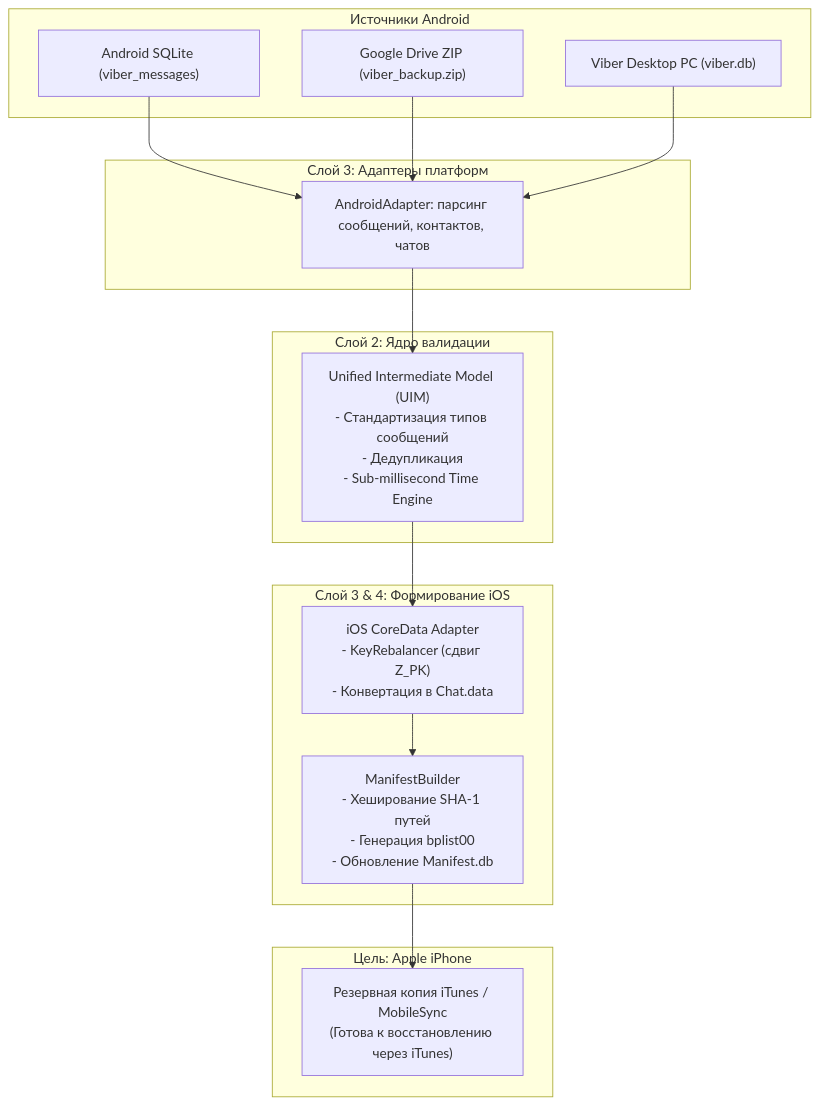
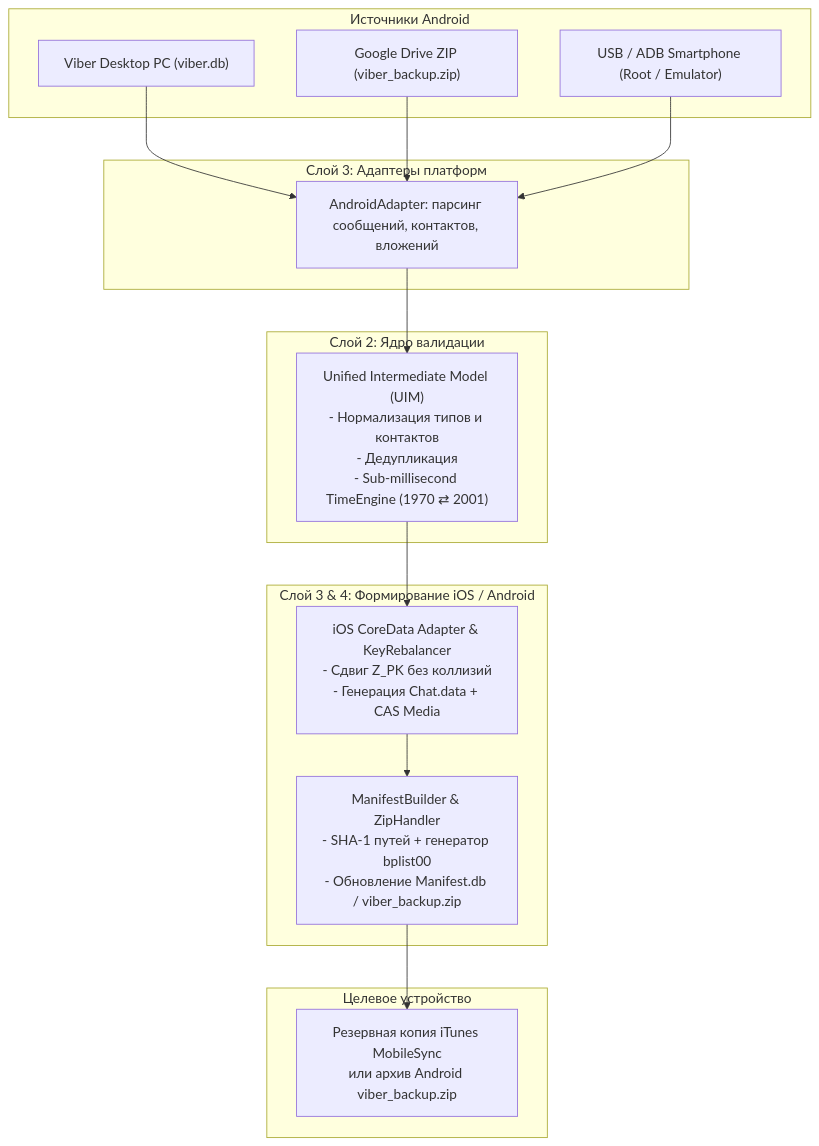
The diagram in README.md (Suetzume/viber-transfer-pc), drawn with Mermaid before and after one commit. The commit also changed other lines of this file and 1 other file, not shown here.

````diff
--- a/README.md
+++ b/README.md
@@ -139,33 +141,33 @@
 ```mermaid
 flowchart TD
     subgraph Источники Android
-        A1["Android SQLite (viber_messages)"]
+        A1["Viber Desktop PC (viber.db)"]
         A2["Google Drive ZIP (viber_backup.zip)"]
-        A3["Viber Desktop PC (viber.db)"]
+        A3["USB / ADB Smartphone (Root / Emulator)"]
     end
 
     subgraph Слой 3: Адаптеры платформ
-        AD1["AndroidAdapter: парсинг сообщений, контактов, чатов"]
+        AD1["AndroidAdapter: парсинг сообщений, контактов, вложений"]
     end
 
     subgraph Слой 2: Ядро валидации
-        UIM["Unified Intermediate Model (UIM)\n- Стандартизация типов сообщений\n- Дедупликация\n- Sub-millisecond Time Engine"]
+        UIM["Unified Intermediate Model (UIM)\n- Нормализация типов и контактов\n- Дедупликация\n- Sub-millisecond TimeEngine (1970 ⇄ 2001)"]
     end
 
-    subgraph Слой 3 & 4: Формирование iOS
-        IA1["iOS CoreData Adapter\n- KeyRebalancer (сдвиг Z_PK)\n- Конвертация в Chat.data"]
-        MB["ManifestBuilder\n- Хеширование SHA-1 путей\n- Генерация bplist00\n- Обновление Manifest.db"]
+    subgraph Слой 3 & 4: Формирование iOS / Android
+        IA1["iOS CoreData Adapter & KeyRebalancer\n- Сдвиг Z_PK без коллизий\n- Генерация Chat.data + CAS Media"]
+        MB["ManifestBuilder & ZipHandler\n- SHA-1 путей + генератор bplist00\n- Обновление Manifest.db / viber_backup.zip"]
     end
 
-    subgraph Цель: Apple iPhone
-        TG["Резервная копия iTunes / MobileSync\n(Готова к восстановлению через iTunes)"]
+    subgraph Целевое устройство
+        TG["Резервная копия iTunes MobileSync\nили архив Android viber_backup.zip"]
     end
 
     A1 --> AD1
     A2 --> AD1
     A3 --> AD1
     AD1 --> UIM
     UIM --> IA1
     IA1 --> MB
     MB --> TG
 ```
````
